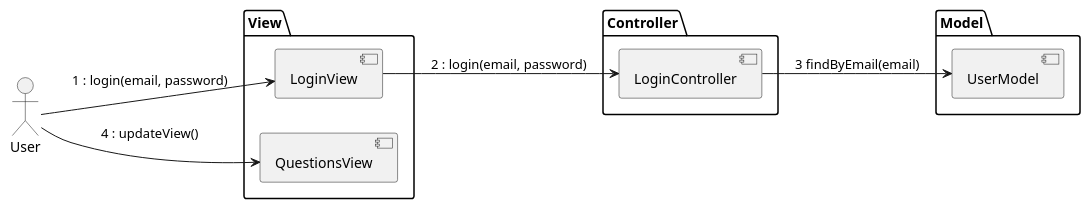
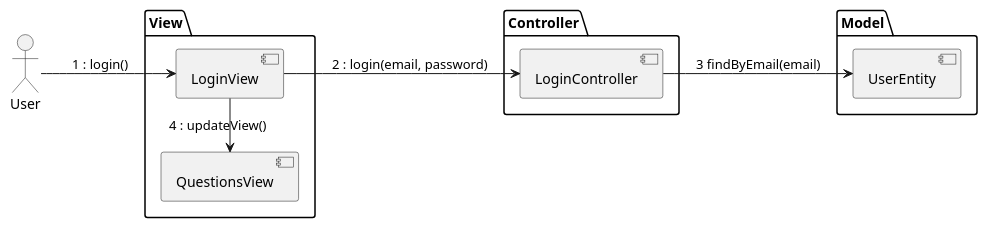
Before and after one commit to rafaelacirino/miw-backend-foro: the diagram in src/main/resources/templates/logic/useCasesAnalysis/loginAnalysis.puml, drawn with PlantUML. The commit also changed 10 other files, not shown here.

Commit message:
update diagrams

```diff
--- a/src/main/resources/templates/logic/useCasesAnalysis/loginAnalysis.puml
+++ b/src/main/resources/templates/logic/useCasesAnalysis/loginAnalysis.puml
@@ -1,26 +1,26 @@
 @startuml
 
 left to right direction
 
 actor User
 
 package View {
   [LoginView]
   [QuestionsView]
 }
 
 package Controller {
   [LoginController]
 }
 
 package Model {
-    [UserModel]
+    [UserEntity]
 }
 
-User --> [LoginView] : 1 : login(email, password)
-User --> [QuestionsView] : 4 : updateView()
+User --> [LoginView] : 1 : login()
+LoginView -left-> [QuestionsView] : 4 : updateView()
 [LoginView] --> [LoginController] : 2 : login(email, password)
-[LoginController] --> [UserModel] : 3 findByEmail(email)
+[LoginController] --> [UserEntity] : 3 findByEmail(email)
 
 
 @enduml
```
